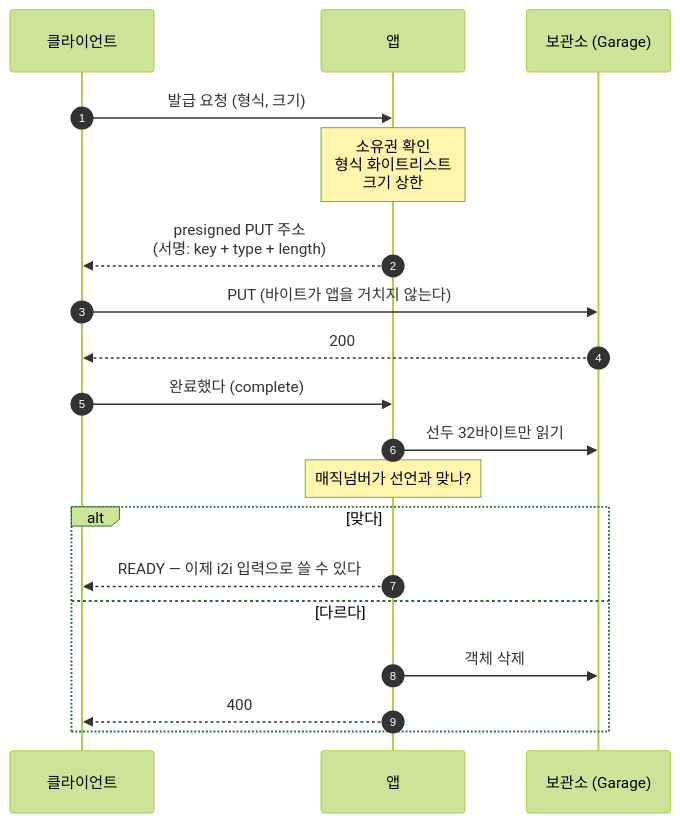
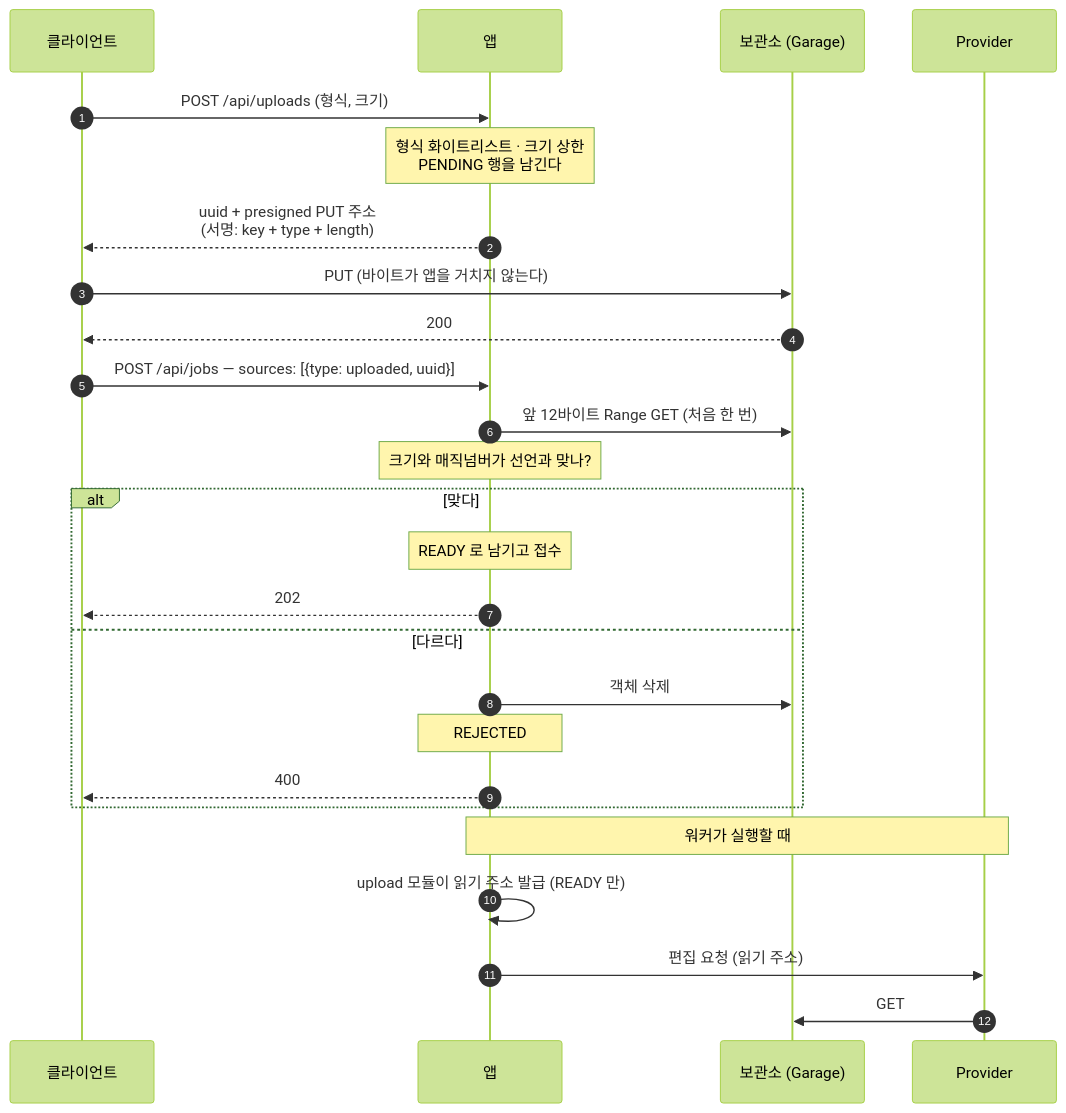
The diagram in docs/architecture/direct-upload.md (youngsu5582/personal-ai-workbench), drawn with Mermaid (forest theme) before and after one commit. The commit also changed other lines of this file and 3 other files, not shown here.

````diff
--- a/docs/architecture/direct-upload.md
+++ b/docs/architecture/direct-upload.md
@@ -30,24 +12,32 @@
 ```mermaid
 sequenceDiagram
     autonumber
     participant C as 클라이언트
     participant A as 앱
     participant S as 보관소 (Garage)
+    participant P as Provider
 
-    C->>A: 발급 요청 (형식, 크기)
-    Note over A: 소유권 확인<br/>형식 화이트리스트<br/>크기 상한
-    A-->>C: presigned PUT 주소<br/>(서명: key + type + length)
+    C->>A: POST /api/uploads (형식, 크기)
+    Note over A: 형식 화이트리스트 · 크기 상한<br/>PENDING 행을 남긴다
+    A-->>C: uuid + presigned PUT 주소<br/>(서명: key + type + length)
 
     C->>S: PUT (바이트가 앱을 거치지 않는다)
     S-->>C: 200
 
-    C->>A: 완료했다 (complete)
-    A->>S: 선두 32바이트만 읽기
-    Note over A: 매직넘버가 선언과 맞나?
+    C->>A: POST /api/jobs — sources: [{type: uploaded, uuid}]
+    A->>S: 앞 12바이트 Range GET (처음 한 번)
+    Note over A: 크기와 매직넘버가 선언과 맞나?
     alt 맞다
-        A-->>C: READY — 이제 i2i 입력으로 쓸 수 있다
+        Note over A: READY 로 남기고 접수
+        A-->>C: 202
     else 다르다
         A->>S: 객체 삭제
+        Note over A: REJECTED
         A-->>C: 400
     end
+
+    Note over A,P: 워커가 실행할 때
+    A->>A: upload 모듈이 읽기 주소 발급 (READY 만)
+    A->>P: 편집 요청 (읽기 주소)
+    P->>S: GET
 ```
````
